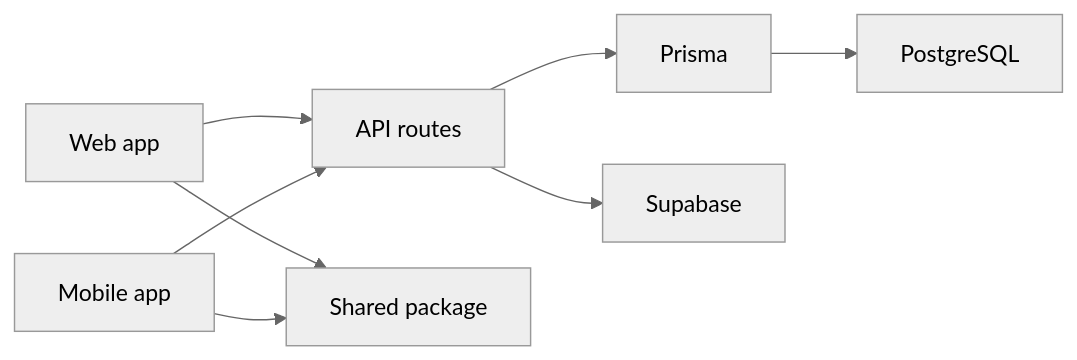
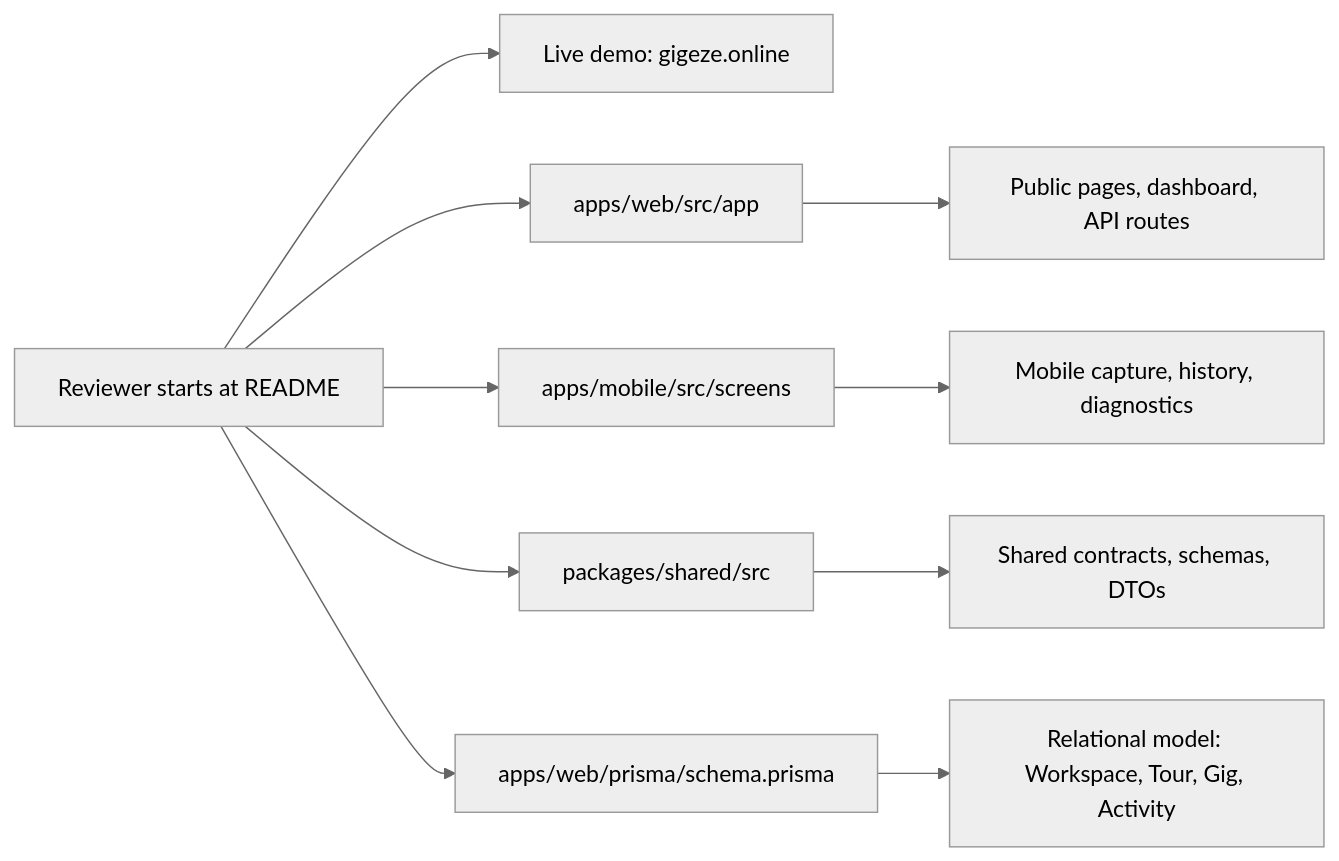
One commit to brunsdon/gigeze-app changed the diagram in README.md. Above: the diagram before and after it, drawn with Mermaid (neutral theme). The commit also changed other lines of this file, not shown here.

Commit message:
fix: update architecture diagram to clarify reviewer path and navigation

````diff
--- a/README.md
+++ b/README.md
@@ -143,10 +143,13 @@
 ```mermaid
 flowchart LR
-  W["Web app"] --> API["API routes"]
-  M["Mobile app"] --> API
-  W --> S["Shared package"]
-  M --> S
-  API --> P["Prisma"]
-  P --> DB["PostgreSQL"]
-  API --> SB["Supabase"]
+  A["Reviewer starts at README"] --> B["Live demo: gigeze.online"]
+  A --> C["apps/web/src/app"]
+  A --> D["apps/mobile/src/screens"]
+  A --> E["packages/shared/src"]
+  A --> F["apps/web/prisma/schema.prisma"]
+
+  C --> G["Public pages, dashboard, API routes"]
+  D --> H["Mobile capture, history, diagnostics"]
+  E --> I["Shared contracts, schemas, DTOs"]
+  F --> J["Relational model: Workspace, Tour, Gig, Activity"]
 ```
````
